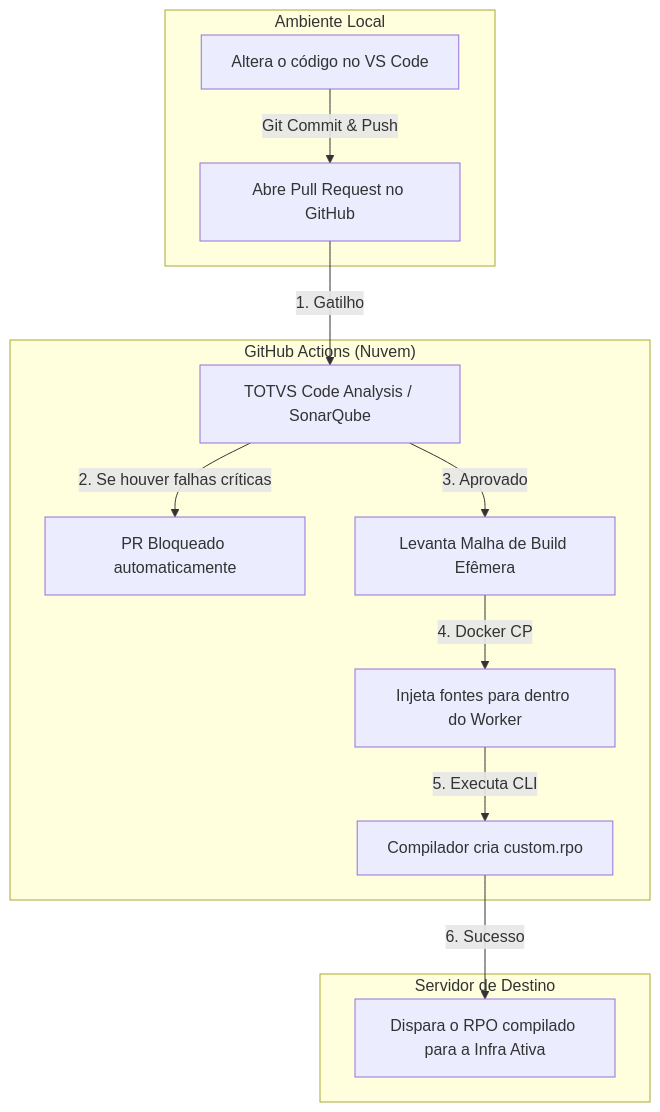
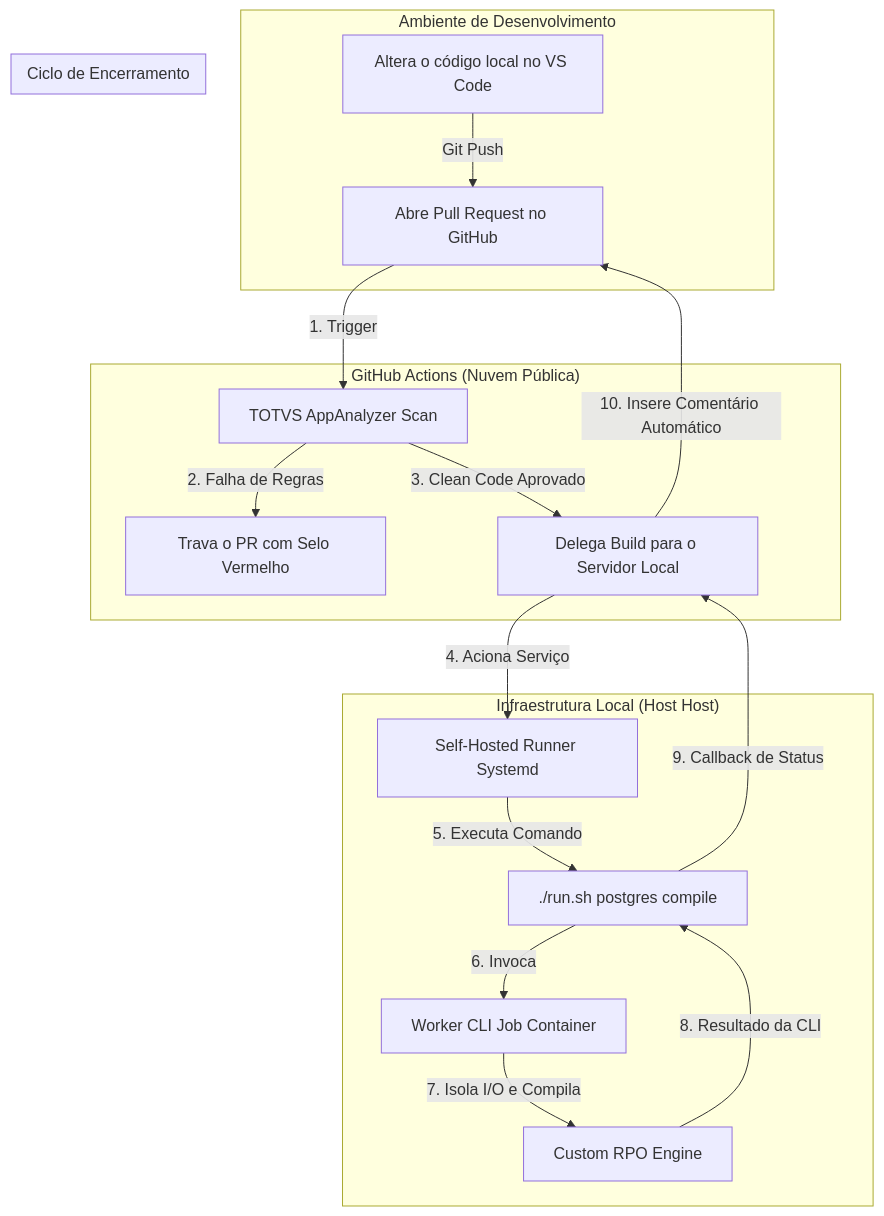
Before and after one commit to rodrigomicrosiga/totvs-protheus-modern-devops: the second of 2 diagrams in README.md, drawn with Mermaid. The commit also changed other lines of this file, not shown here.

First line of the commit message:
docs(readme): consolidar arquitetura gitops e esteira continuous delivery

````diff
--- a/README.md
+++ b/README.md
@@ -344,18 +262,25 @@
 ```mermaid
 graph TD
-    subgraph Desenvolvedor ["Ambiente Local"]
-        DEV[Altera o código no VS Code] -->|Git Commit & Push| GITHUB[Abre Pull Request no GitHub]
+    subgraph Desenvolvedor ["Ambiente de Desenvolvimento"]
+        DEV[Altera o código local no VS Code] -->|Git Push| GITHUB[Abre Pull Request no GitHub]
     end
 
-    subgraph Esteira ["GitHub Actions (Nuvem)"]
-        GITHUB -->|1. Gatilho| SONAR[TOTVS Code Analysis / SonarQube]
-        SONAR -->|2. Se houver falhas críticas| REJECT[PR Bloqueado automaticamente]
-        SONAR -->|3. Aprovado| BUILD[Levanta Malha de Build Efêmera]
-        BUILD -->|4. Docker CP| INJECT[Injeta fontes para dentro do Worker]
-        INJECT -->|5. Executa CLI| COMP[Compilador cria custom.rpo]
+    subgraph Esteira ["GitHub Actions (Nuvem Pública)"]
+        GITHUB -->|1. Trigger| SONAR[TOTVS AppAnalyzer Scan]
+        SONAR -->|2. Falha de Regras| REJECT[Trava o PR com Selo Vermelho]
+        SONAR -->|3. Clean Code Aprovado| GH_RUNNER[Delega Build para o Servidor Local]
     end
 
-    subgraph Deploy ["Servidor de Destino"]
-        COMP -->|6. Sucesso| SHIP[Dispara o RPO compilado para a Infra Ativa]
+    subgraph Servidor ["Infraestrutura Local (Host Host)"]
+        GH_RUNNER -->|4. Aciona Serviço| SH_RUNNER[Self-Hosted Runner Systemd]
+        SH_RUNNER -->|5. Executa Comando| RUN_SH[./run.sh postgres compile]
+        RUN_SH -->|6. Invoca| WORKER[Worker CLI Job Container]
+        WORKER -->|7. Isola I/O e Compila| RPO[Custom RPO Engine]
+        RPO -->|8. Resultado da CLI| RUN_SH
+        RUN_SH -->|9. Callback de Status| GH_RUNNER
+    end
+
+    subgraph Feedback ["Ciclo de Encerramento"]
+        GH_RUNNER -->|10. Insere Comentário Automático| GITHUB
     end
 ```
````
